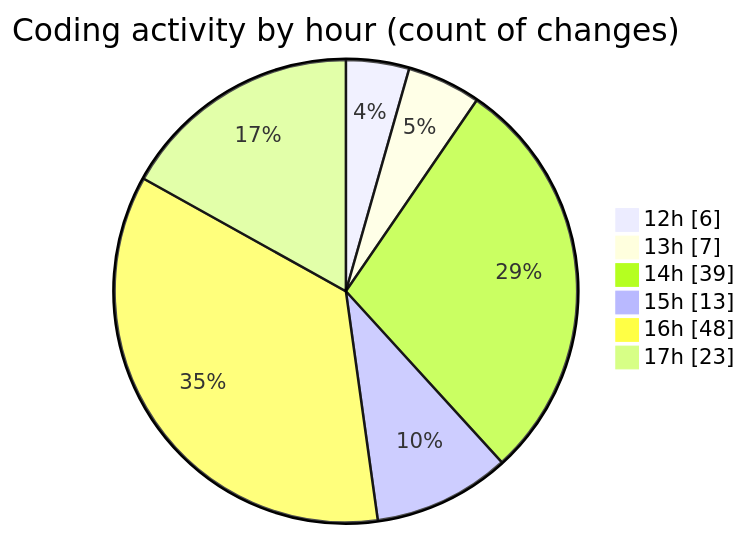
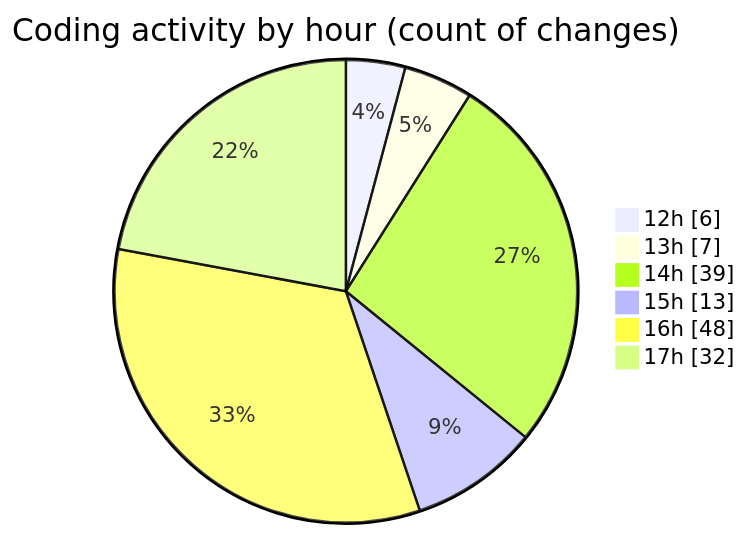
The second of 2 diagrams in 2025-05-26/nxtqube_webapp/README.md (nxtqubesakshisongat/code-tracking), drawn with Mermaid before and after one commit. The commit also changed other lines of this file and 1 other file, not shown here.

````diff
--- a/2025-05-26/nxtqube_webapp/README.md
+++ b/2025-05-26/nxtqube_webapp/README.md
@@ -31,10 +31,10 @@
 ```mermaid
 pie showData
 title Coding activity by hour (count of changes)
 "12h" : 6
 "13h" : 7
 "14h" : 39
 "15h" : 13
 "16h" : 48
-"17h" : 23
+"17h" : 32
 ```
````
